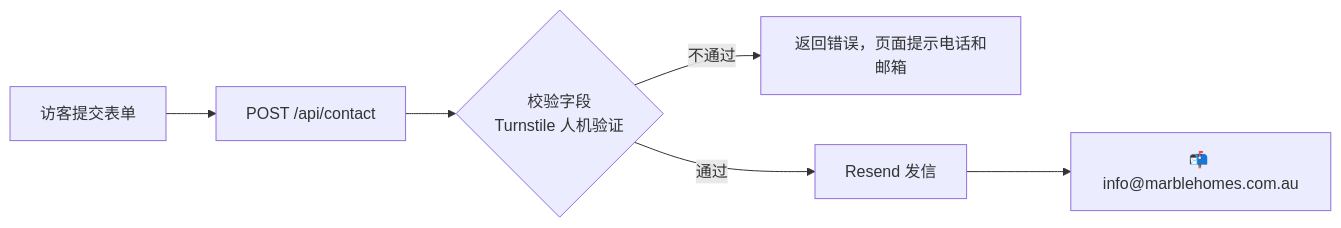
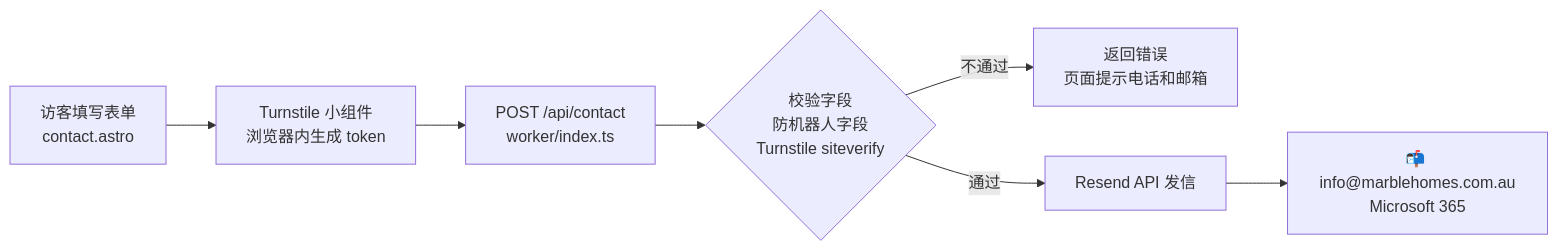
Before and after one commit to Marblehomes/marblehomes-site: the second of 2 diagrams in README.md, drawn with Mermaid. The commit also changed other lines of this file and 1 other file, not shown here.

Commit message:
Document contact form email pipeline: services, config, DNS, response codes and troubleshooting

````diff
--- a/README.md
+++ b/README.md
@@ -94,8 +94,9 @@
 ```mermaid
 flowchart LR
-    A[访客提交表单] --> B[POST /api/contact]
-    B --> C{校验字段<br/>Turnstile 人机验证}
-    C -- 不通过 --> D[返回错误，页面提示电话和邮箱]
-    C -- 通过 --> E[Resend 发信]
-    E --> F[📬 info@marblehomes.com.au]
+    A[访客填写表单<br/>contact.astro] --> T[Turnstile 小组件<br/>浏览器内生成 token]
+    T --> B[POST /api/contact<br/>worker/index.ts]
+    B --> C{校验字段<br/>防机器人字段<br/>Turnstile siteverify}
+    C -- 不通过 --> D[返回错误<br/>页面提示电话和邮箱]
+    C -- 通过 --> E[Resend API 发信]
+    E --> F[📬 info@marblehomes.com.au<br/>Microsoft 365]
 ```
````
